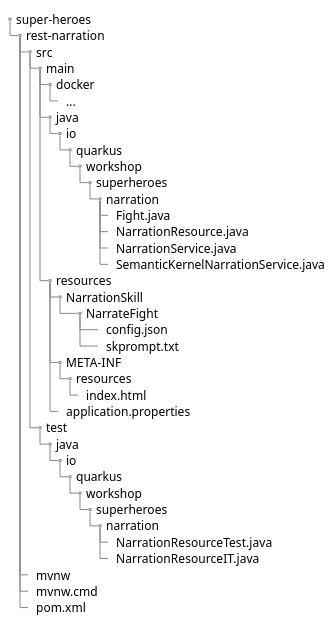
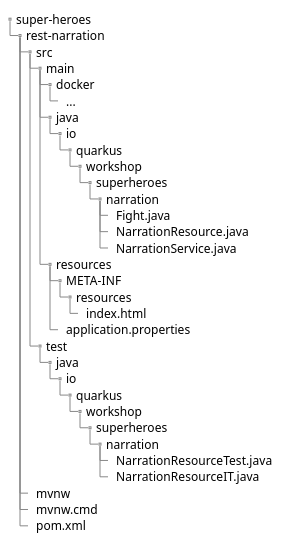
Before and after one commit to quarkusio/quarkus-workshops: the second of 3 diagrams in quarkus-workshop-super-heroes/docs/src/docs/asciidoc/optional-ai/ai.adoc, drawn with PlantUML. The commit also changed other lines of this file and 13 other files, not shown here.

Commit message:
Replace Semantic Kernel with Quarkus LangChain4j

```diff
--- a/quarkus-workshop-super-heroes/docs/src/docs/asciidoc/optional-ai/ai.adoc
+++ b/quarkus-workshop-super-heroes/docs/src/docs/asciidoc/optional-ai/ai.adoc
@@ -82,47 +73,42 @@
 [plantuml]
 ----
 @startsalt
 {
 {
 T
 super-heroes
 +  rest-narration
 ++  src
 +++  main
 ++++  docker
 +++++  ...
 ++++  java
 +++++  io
 ++++++  quarkus
 +++++++  workshop
 ++++++++  superheroes
 +++++++++  narration
 ++++++++++  Fight.java
 ++++++++++  NarrationResource.java
 ++++++++++  NarrationService.java
-++++++++++  SemanticKernelNarrationService.java
 ++++  resources
-+++++  NarrationSkill
-+++++++  NarrateFight
-+++++++++  config.json
-+++++++++  skprompt.txt
 +++++  META-INF
 ++++++  resources
 +++++++  index.html
 +++++  application.properties
 +++  test
 ++++  java
 +++++  io
 ++++++  quarkus
 +++++++  workshop
 ++++++++  superheroes
 +++++++++  narration
 ++++++++++  NarrationResourceTest.java
 ++++++++++  NarrationResourceIT.java
 ++  mvnw
 ++  mvnw.cmd
 ++  pom.xml
 }
 }
 @endsalt
 ----
```
